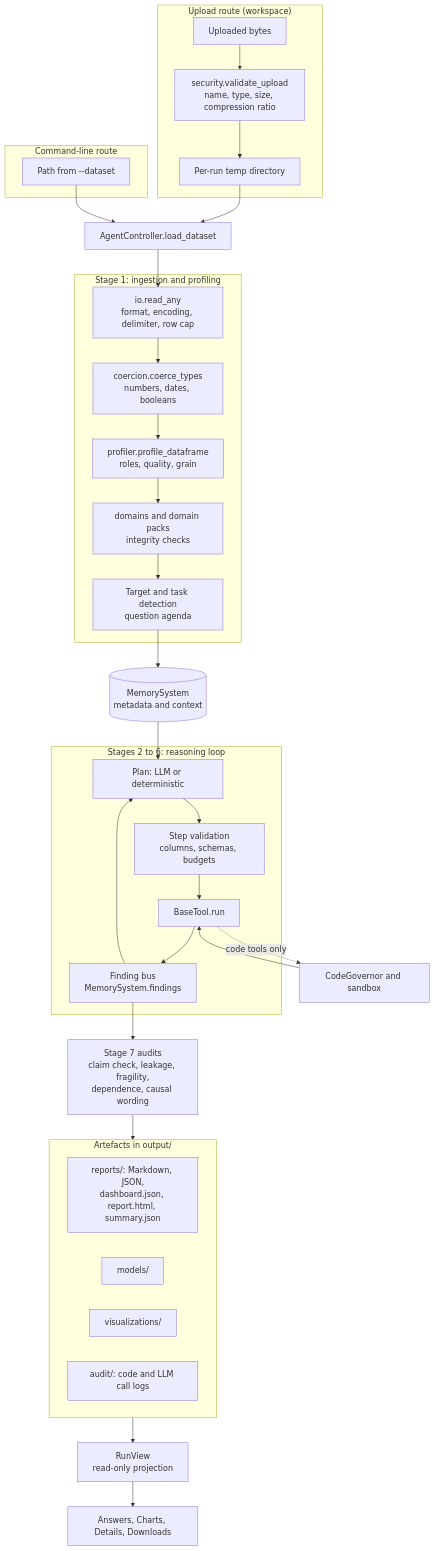
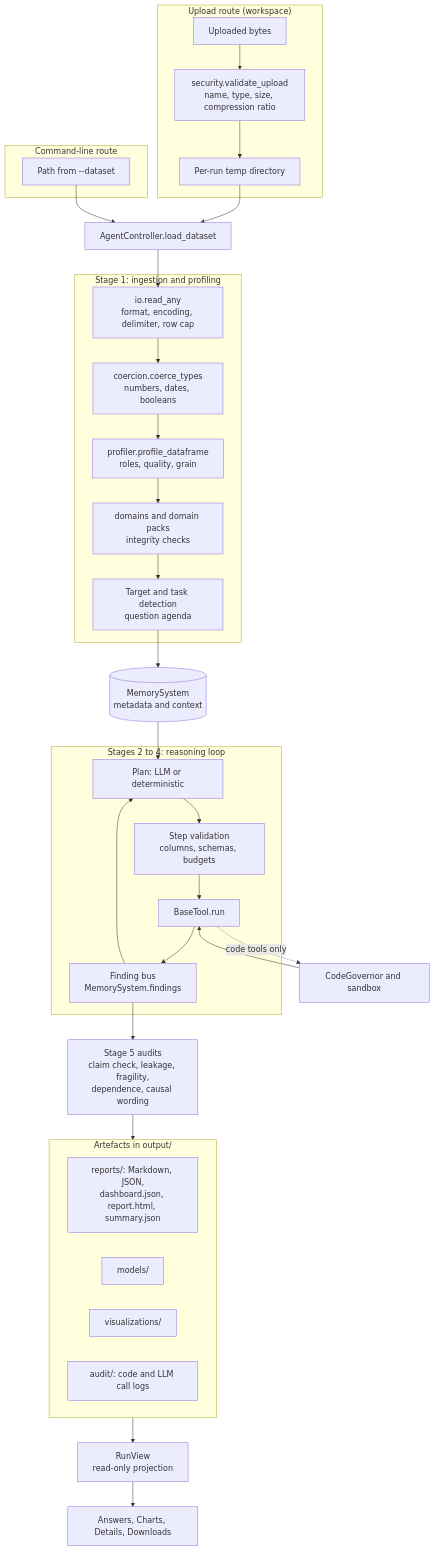
Before and after one commit to shahdaksh050/Sorrel-project: the third of 11 diagrams in README.md, drawn with Mermaid. The commit also changed other lines of this file and 76 other files, not shown here.

````diff
--- a/README.md
+++ b/README.md
@@ -203,50 +203,50 @@
 ```mermaid
 flowchart TB
     subgraph in_ui["Upload route (workspace)"]
         up["Uploaded bytes"] --> sec["security.validate_upload<br/>name, type, size, compression ratio"]
         sec --> tmp["Per-run temp directory"]
     end
     subgraph in_cli["Command-line route"]
         path["Path from --dataset"]
     end
 
     tmp --> load["AgentController.load_dataset"]
     path --> load
 
     subgraph prep["Stage 1: ingestion and profiling"]
         read["io.read_any<br/>format, encoding, delimiter, row cap"]
         coerce["coercion.coerce_types<br/>numbers, dates, booleans"]
         profile["profiler.profile_dataframe<br/>roles, quality, grain"]
         domain["domains and domain packs<br/>integrity checks"]
         target["Target and task detection<br/>question agenda"]
         read --> coerce --> profile --> domain --> target
     end
     load --> read
 
     target --> memstore[("MemorySystem<br/>metadata and context")]
 
-    subgraph loop["Stages 2 to 6: reasoning loop"]
+    subgraph loop["Stages 2 to 4: reasoning loop"]
         plan["Plan: LLM or deterministic"]
         validate["Step validation<br/>columns, schemas, budgets"]
         run["BaseTool.run"]
         plan --> validate --> run
         run --> bus["Finding bus<br/>MemorySystem.findings"]
         bus --> plan
     end
     memstore --> plan
     run -. "code tools only" .-> gov["CodeGovernor and sandbox"]
     gov --> run
 
-    bus --> audits["Stage 7 audits<br/>claim check, leakage, fragility,<br/>dependence, causal wording"]
+    bus --> audits["Stage 5 audits<br/>claim check, leakage, fragility,<br/>dependence, causal wording"]
     audits --> artefacts
 
     subgraph artefacts["Artefacts in output/"]
         rep["reports/: Markdown, JSON,<br/>dashboard.json, report.html, summary.json"]
         mod["models/"]
         viz["visualizations/"]
         aud["audit/: code and LLM call logs"]
     end
 
     artefacts --> view["RunView<br/>read-only projection"]
     view --> tabs["Answers, Charts, Details, Downloads"]
 ```
````
